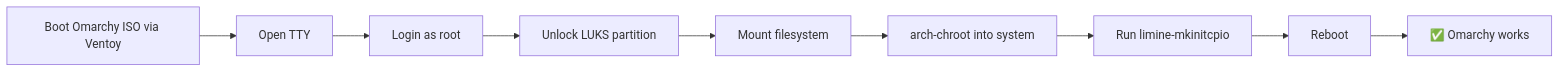
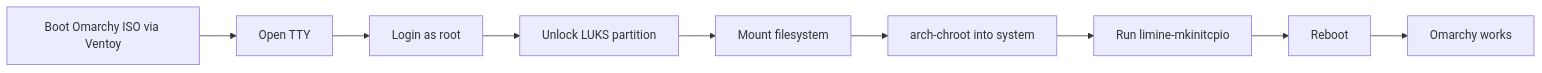
One commit to infat0x/infat0x.github.io changed the second of 6 diagrams in content/blog/fixing-omarchy-stuck-at-boot.md. Above: the diagram before and after it, drawn with Mermaid. The commit also changed other lines of this file and 7 other files, not shown here.

Commit message:
Sort blogs chronologically, place glowing cat on homepage, and eliminate mermaid syntax errors

````diff
--- a/content/blog/fixing-omarchy-stuck-at-boot.md
+++ b/content/blog/fixing-omarchy-stuck-at-boot.md
@@ -47,11 +47,11 @@
 ```mermaid
 flowchart LR
-    A[Boot Omarchy ISO via Ventoy] --> B[Open TTY]
-    B --> C[Login as root]
-    C --> D[Unlock LUKS partition]
-    D --> E[Mount filesystem]
-    E --> F[arch-chroot into system]
-    F --> G[Run limine-mkinitcpio]
-    G --> H[Reboot]
-    H --> I[✅ Omarchy works]
+    A["Boot Omarchy ISO via Ventoy"] --> B["Open TTY"]
+    B --> C["Login as root"]
+    C --> D["Unlock LUKS partition"]
+    D --> E["Mount filesystem"]
+    E --> F["arch-chroot into system"]
+    F --> G["Run limine-mkinitcpio"]
+    G --> H["Reboot"]
+    H --> I["Omarchy works"]
 ```
````
